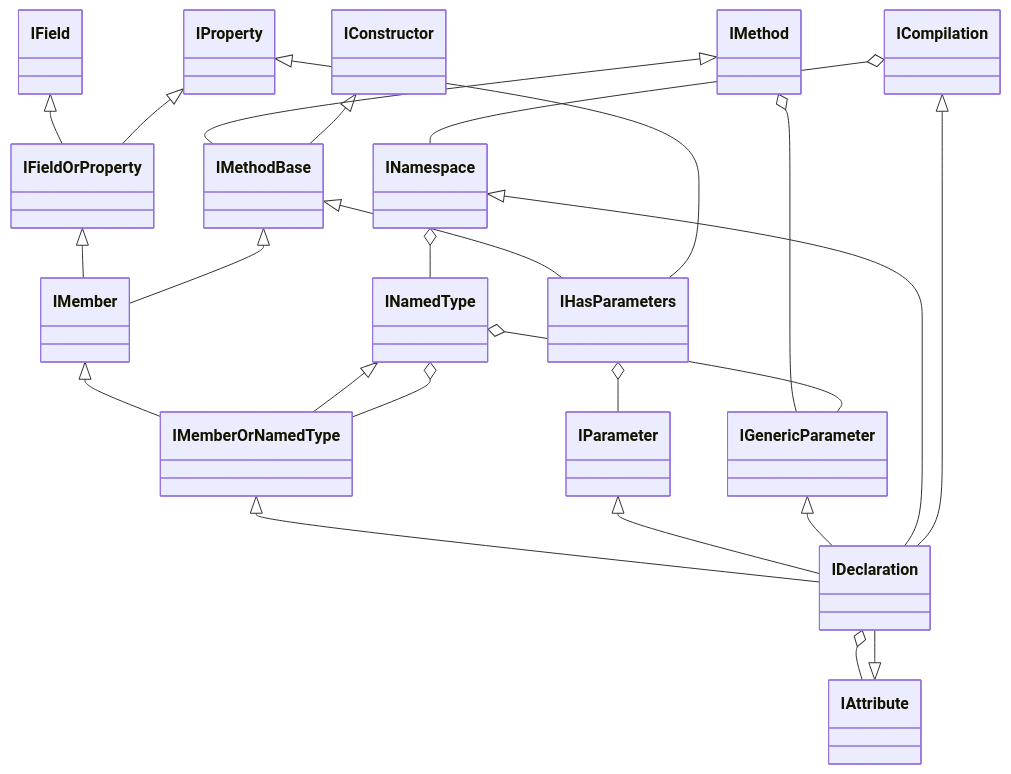
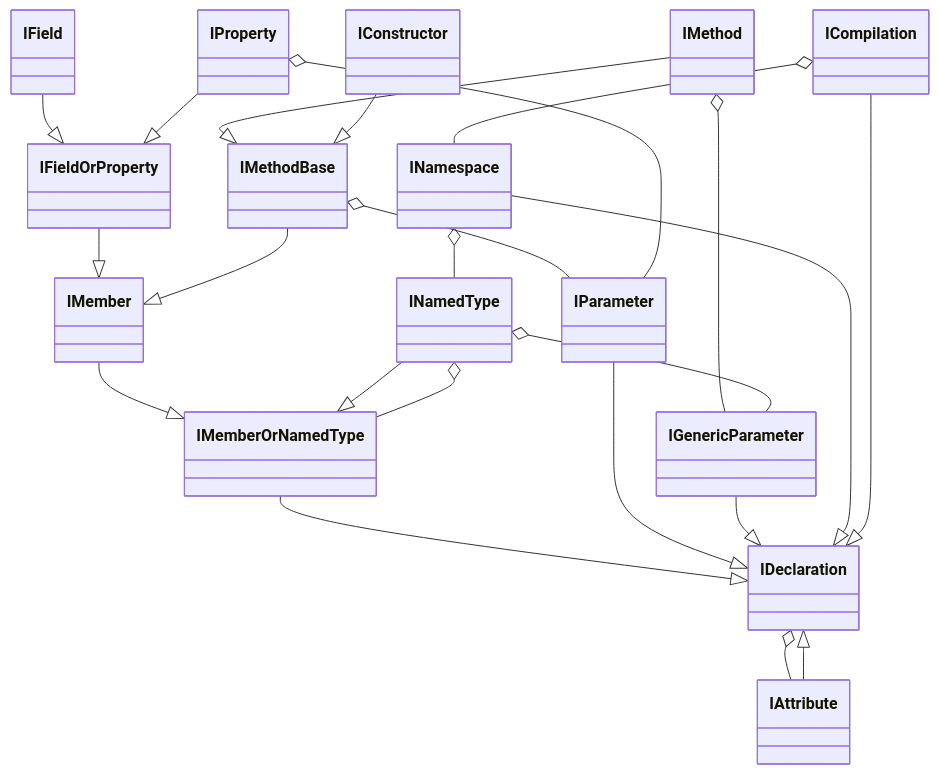
The diagram in docfx/namespaces/Metalama.Framework.Code.md (postsharp/Metalama.Documentation), drawn with Mermaid before and after one commit. The commit also changed 57 other files, not shown here.

Commit message:
Updating Metalama. Completed several articles, diagrams, namespace descriptions.

````diff
--- a/docfx/namespaces/Metalama.Framework.Code.md
+++ b/docfx/namespaces/Metalama.Framework.Code.md
@@ -9,28 +9,27 @@
 ```mermaid
 classDiagram
-      IMemberOrNamedType <|-- IDeclaration
-      IMember <|-- IMemberOrNamedType
-      INamedType <|-- IMemberOrNamedType
-      IFieldOrProperty <|-- IMember
-      IField <|-- IFieldOrProperty
-      IProperty <|-- IFieldOrProperty
-      IMethodBase <|-- IMember
-      IMethod <|-- IMethodBase
-      IConstructor <|-- IMethodBase
-      IParameter <|-- IDeclaration
-      IGenericParameter <|-- IDeclaration
-      IAttribute <|-- IDeclaration
-      INamespace <|-- IDeclaration
-      ICompilation <|-- IDeclaration
-      IMethodBase <|-- IHasParameters
-      IProperty <|-- IHasParameters
-    
+      IMemberOrNamedType --|> IDeclaration
+      IMember --|> IMemberOrNamedType
+      INamedType --|> IMemberOrNamedType
+      IFieldOrProperty --|> IMember
+      IField --|> IFieldOrProperty
+      IProperty --|> IFieldOrProperty
+      IMethodBase --|> IMember
+      IMethod --|> IMethodBase
+      IConstructor --|> IMethodBase
+      IParameter --|> IDeclaration
+      IGenericParameter --|> IDeclaration
+      IAttribute --|> IDeclaration
+      INamespace --|> IDeclaration
+      ICompilation --|> IDeclaration
+      
 
-      IHasParameters o-- IParameter
+      IMethodBase o-- IParameter
+      IProperty o-- IParameter
       IDeclaration o-- IAttribute
       IMethod o-- IGenericParameter
       INamedType o-- IGenericParameter
       INamedType o-- IMemberOrNamedType
       ICompilation o-- INamespace
       INamespace o-- INamedType
 ```
````
